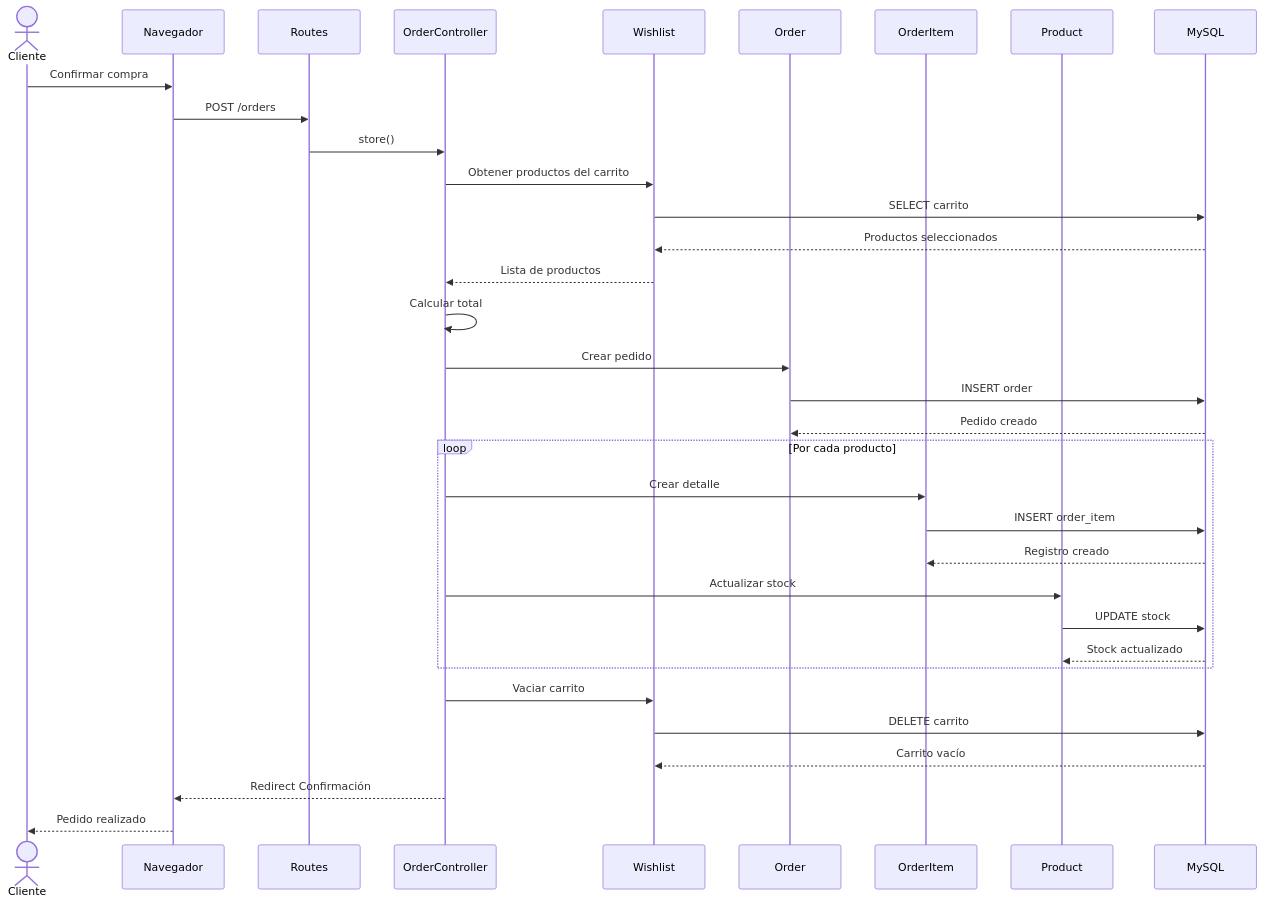
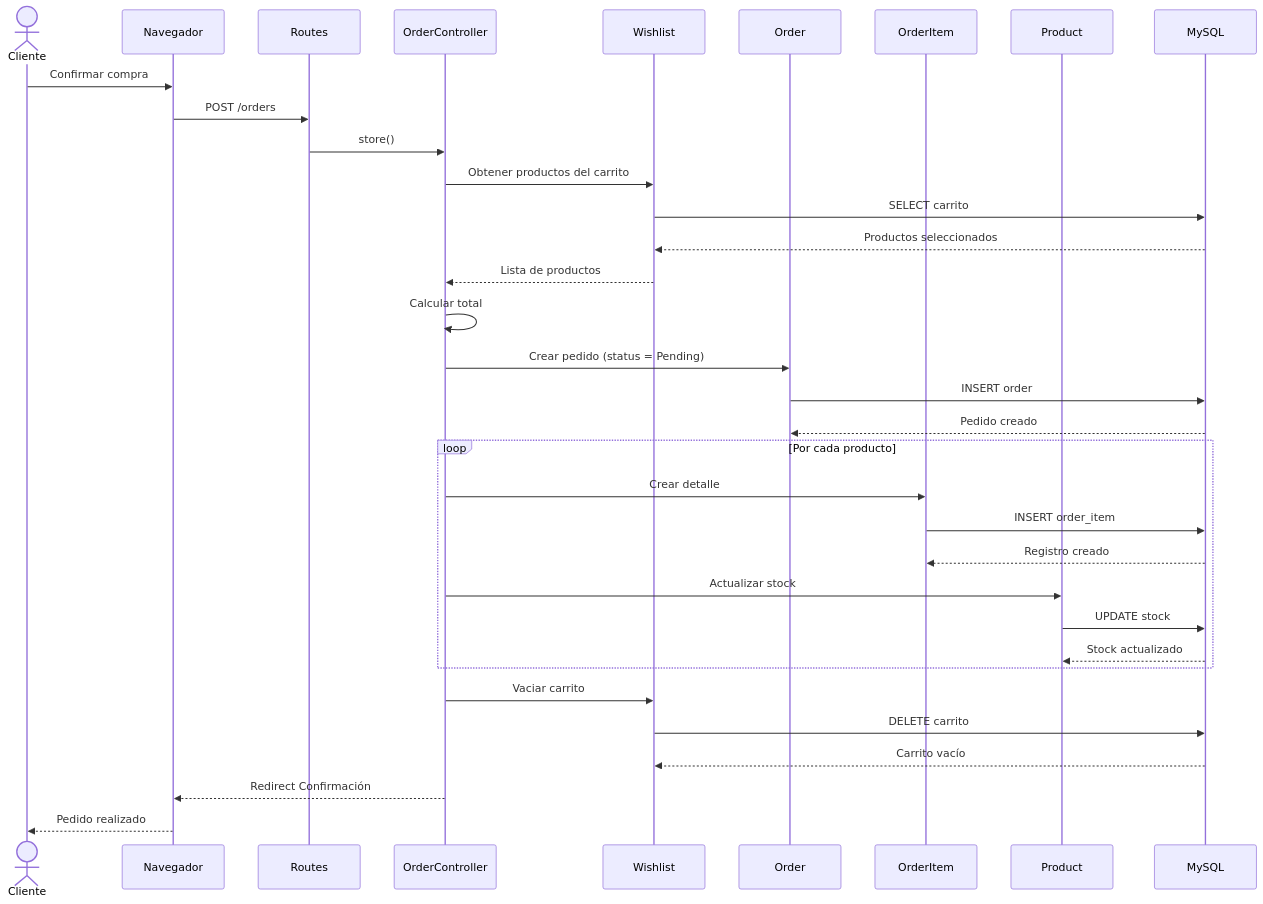
Before and after one commit to facusoster/FinalProdWebLaravel: the diagram in docs/diagramas/23_UML_SecuenciaPedido.md, drawn with Mermaid. The commit also changed other lines of this file and 24 other files, not shown here.

Commit message:
Actualización completa de documentación y diagramas

````diff
--- a/docs/diagramas/23_UML_SecuenciaPedido.md
+++ b/docs/diagramas/23_UML_SecuenciaPedido.md
@@ -22,62 +24,62 @@
 ```mermaid
 sequenceDiagram
 
 actor Cliente
 
 participant Navegador
 participant Routes
 participant OrderController
 participant Wishlist
 participant Order
 participant OrderItem
 participant Product
 participant MySQL
 
 Cliente->>Navegador: Confirmar compra
 
 Navegador->>Routes: POST /orders
 
 Routes->>OrderController: store()
 
 OrderController->>Wishlist: Obtener productos del carrito
 
 Wishlist->>MySQL: SELECT carrito
 
 MySQL-->>Wishlist: Productos seleccionados
 
 Wishlist-->>OrderController: Lista de productos
 
 OrderController->>OrderController: Calcular total
 
-OrderController->>Order: Crear pedido
+OrderController->>Order: Crear pedido (status = Pending)
 
 Order->>MySQL: INSERT order
 
 MySQL-->>Order: Pedido creado
 
 loop Por cada producto
 
     OrderController->>OrderItem: Crear detalle
 
     OrderItem->>MySQL: INSERT order_item
 
     MySQL-->>OrderItem: Registro creado
 
     OrderController->>Product: Actualizar stock
 
     Product->>MySQL: UPDATE stock
 
     MySQL-->>Product: Stock actualizado
 
 end
 
 OrderController->>Wishlist: Vaciar carrito
 
 Wishlist->>MySQL: DELETE carrito
 
 MySQL-->>Wishlist: Carrito vacío
 
 OrderController-->>Navegador: Redirect Confirmación
 
 Navegador-->>Cliente: Pedido realizado
 ```
````
